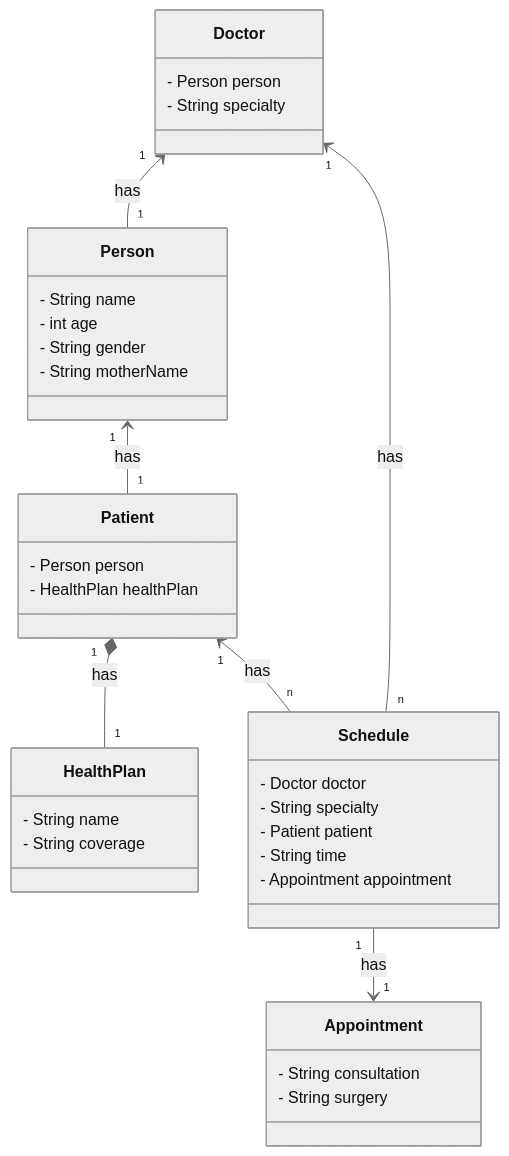
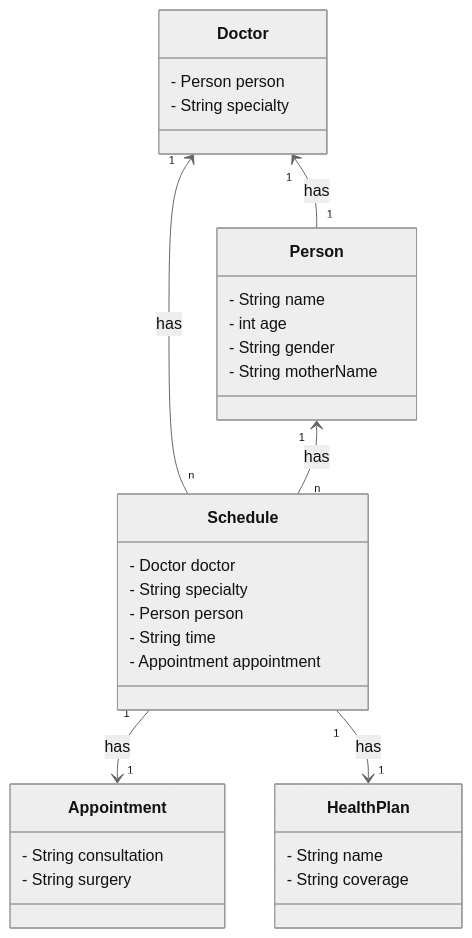
Before and after one commit to PedroCaput/clinica-medica: the diagram in README.md, drawn with Mermaid (neutral theme).

Commit message:
Update README.md
Updating Diagrama de Classes

````diff
--- a/README.md
+++ b/README.md
@@ -5,45 +5,38 @@
 ```mermaid
 classDiagram
     class Person {
         - String name
         - int age
         - String gender
         - String motherName
     }
-    
-    class Patient {
-        - Person person
-        - HealthPlan healthPlan
-    }
-    
+       
     class HealthPlan {
         - String name
         - String coverage
     }
     
     class Doctor {
         - Person person
         - String specialty
     }
     
     class Appointment {
         - String consultation
         - String surgery
     }
     
     class Schedule {
         - Doctor doctor
         - String specialty
-        - Patient patient
+        - Person person
         - String time
         - Appointment appointment
     }
     
-    Person "1" <-- "1" Patient : has
-    Patient "1" *-- "1" HealthPlan : has
     Doctor "1" <-- "1" Person : has
     Doctor "1" <-- "n" Schedule : has
-    Patient "1" <-- "n" Schedule : has
+    Person "1" <-- "n" Schedule : has
     Schedule "1" --> "1" Appointment : has
-
+    Schedule "1" --> "1" HealthPlan : has
 ```
````
